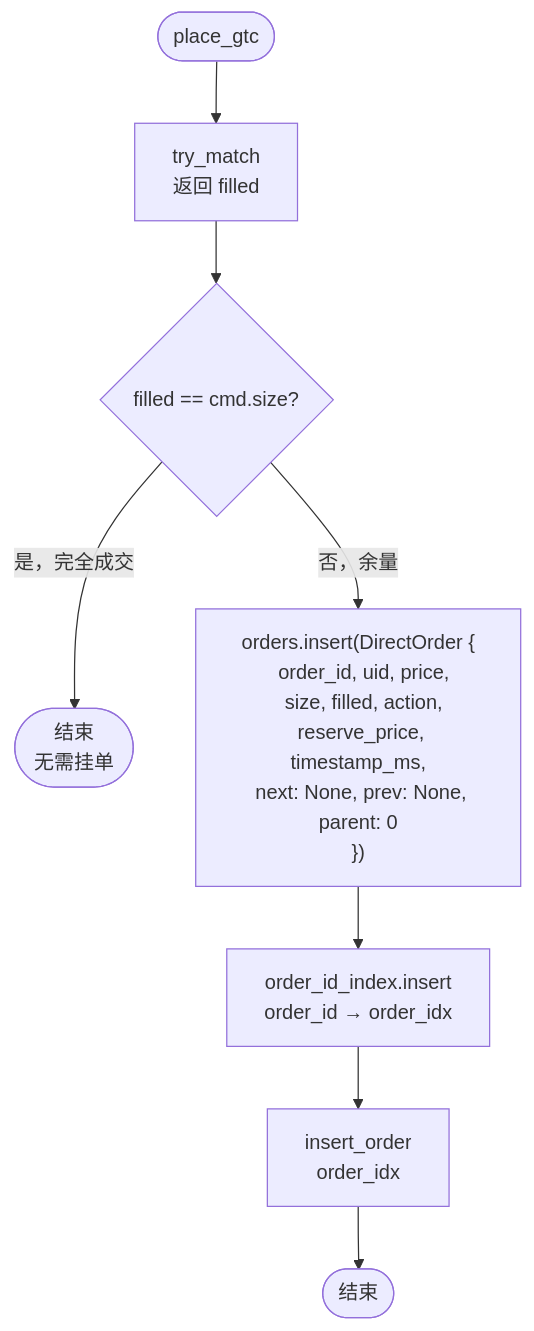
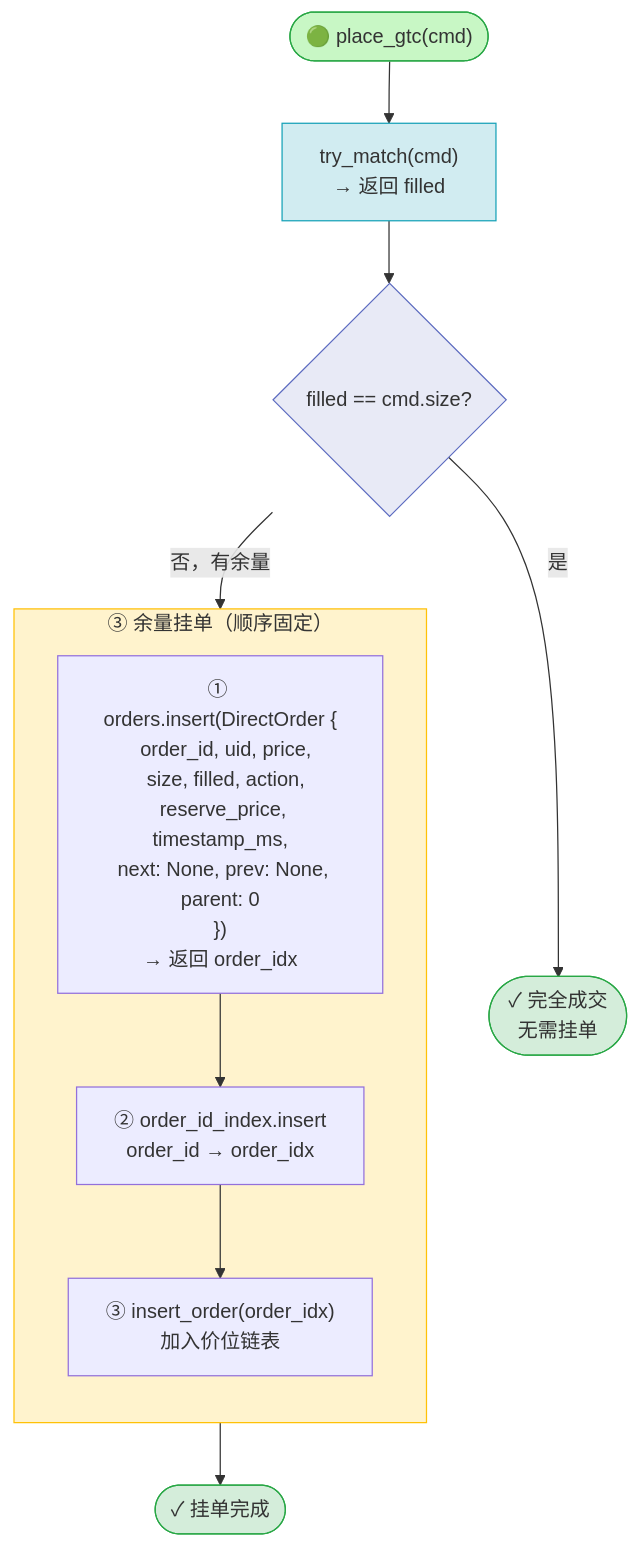
The fifth of 8 diagrams in doc/orderbook_impl_guide.md (ethanLiu-ps/me-rs), drawn with Mermaid before and after one commit. The commit also changed other lines of this file and 4 other files, not shown here.

````diff
--- a/doc/orderbook_impl_guide.md
+++ b/doc/orderbook_impl_guide.md
@@ -119,10 +189,29 @@
 ```mermaid
 flowchart TD
-    A([place_gtc]) --> B[try_match\n返回 filled]
-    B --> C{filled == cmd.size?}
-    C -->|是，完全成交| D([结束\n无需挂单])
-    C -->|否，余量| E["orders.insert(DirectOrder {\n  order_id, uid, price,\n  size, filled, action,\n  reserve_price, timestamp_ms,\n  next: None, prev: None, parent: 0\n})"]
-    E --> F[order_id_index.insert\norder_id → order_idx]
-    F --> G[insert_order\norder_idx]
-    G --> H([结束])
+    A(["🟢 place_gtc(cmd)"])
+    B["try_match(cmd)\n→ 返回 filled"]
+    C{"filled == cmd.size?"}
+    D(["✓ 完全成交\n无需挂单"])
+
+    subgraph REST["③ 余量挂单（顺序固定）"]
+        direction TB
+        E["① orders.insert(DirectOrder {\n  order_id, uid, price,\n  size, filled, action,\n  reserve_price, timestamp_ms,\n  next: None, prev: None, parent: 0\n})\n→ 返回 order_idx"]
+        F["② order_id_index.insert\norder_id → order_idx"]
+        G["③ insert_order(order_idx)\n加入价位链表"]
+        E --> F --> G
+    end
+
+    H(["✓ 挂单完成"])
+
+    A --> B --> C
+    C -->|"是"| D
+    C -->|"否，有余量"| E
+    G --> H
+
+    style A fill:#c8f7c5,stroke:#28a745
+    style B fill:#d1ecf1,stroke:#17a2b8
+    style C fill:#e8eaf6,stroke:#5c6bc0
+    style D fill:#d4edda,stroke:#28a745
+    style H fill:#d4edda,stroke:#28a745
+    style REST fill:#fff3cd,stroke:#ffc107
 ```
````
